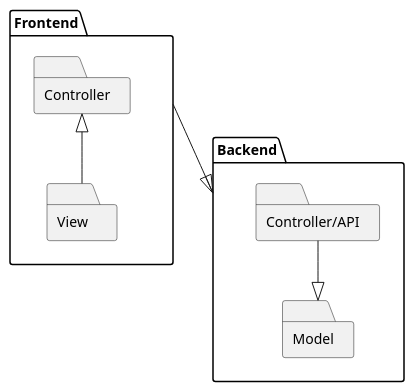
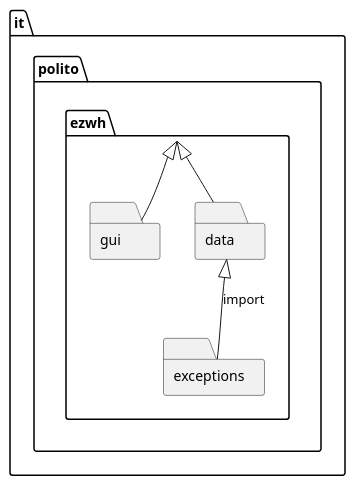
One commit to giuseppe-dandrea/EzWh changed the first of 17 diagrams in DesignDocument.md. Above: the diagram before and after it, drawn with PlantUML. The commit also changed other lines of this file, not shown here.

Commit message:
Modified high level design

````diff
--- a/DesignDocument.md
+++ b/DesignDocument.md
@@ -22,23 +22,18 @@
 ```plantuml
-
-package Frontend <<Folder>>{
-    package View <<Folder>>{
-}
-    package Controller <<Folder>>{
-}
-}
-package Backend <<Folder>>{
-
-    package Controller/API <<Folder>>{
-}
-    package Model <<Folder>>{
-}
+package it.polito.ezwh <<Folder>>{
 
 }
+package it.polito.ezwh.gui <<Folder>>{
 
-Controller <|-- View
-"Controller/API" --|> Model
-Frontend --|>Backend
+}
+package it.polito.ezwh.data <<Folder>>{
 
 
+}
+package it.polito.ezwh.exceptions <<Folder>>{
+
+}
+it.polito.ezwh <|-- it.polito.ezwh.data
+it.polito.ezwh <|-- it.polito.ezwh.gui
+it.polito.ezwh.data <|-- it.polito.ezwh.exceptions : import
 ```
````
